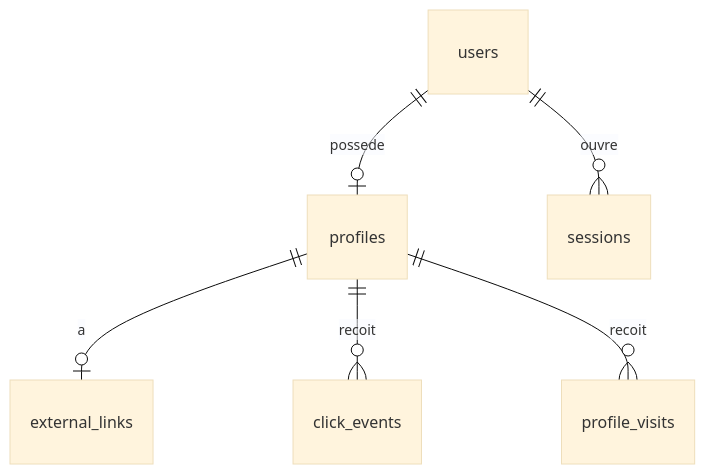
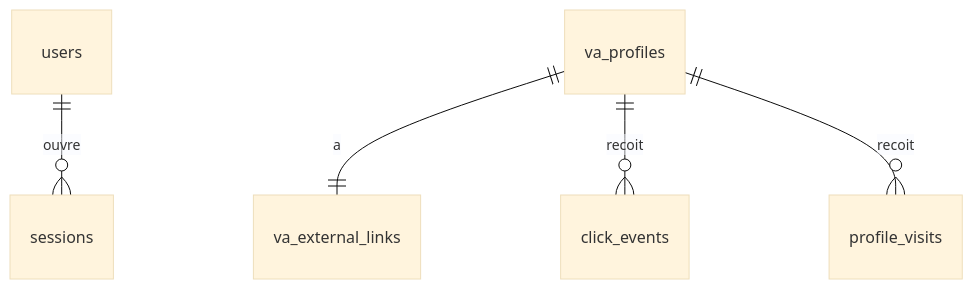
The diagram in DATABASE_SCHEMA.md (bry4ng4rrix/profilelink), drawn with Mermaid (base theme) before and after one commit. The commit also changed other lines of this file and 67 other files, not shown here.

````diff
--- a/DATABASE_SCHEMA.md
+++ b/DATABASE_SCHEMA.md
@@ -8,8 +8,7 @@
 ```mermaid
 erDiagram
-    users ||--o| profiles : possede
     users ||--o{ sessions : ouvre
-    profiles ||--o| external_links : a
-    profiles ||--o{ click_events : recoit
-    profiles ||--o{ profile_visits : recoit
+    va_profiles ||--|| va_external_links : a
+    va_profiles ||--o{ click_events : recoit
+    va_profiles ||--o{ profile_visits : recoit
 ```
````
